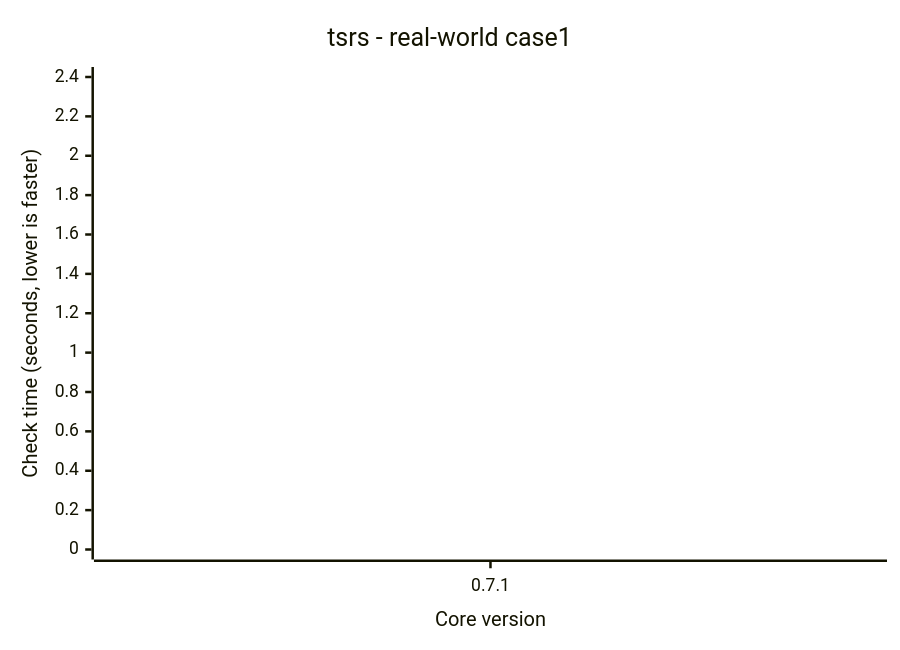
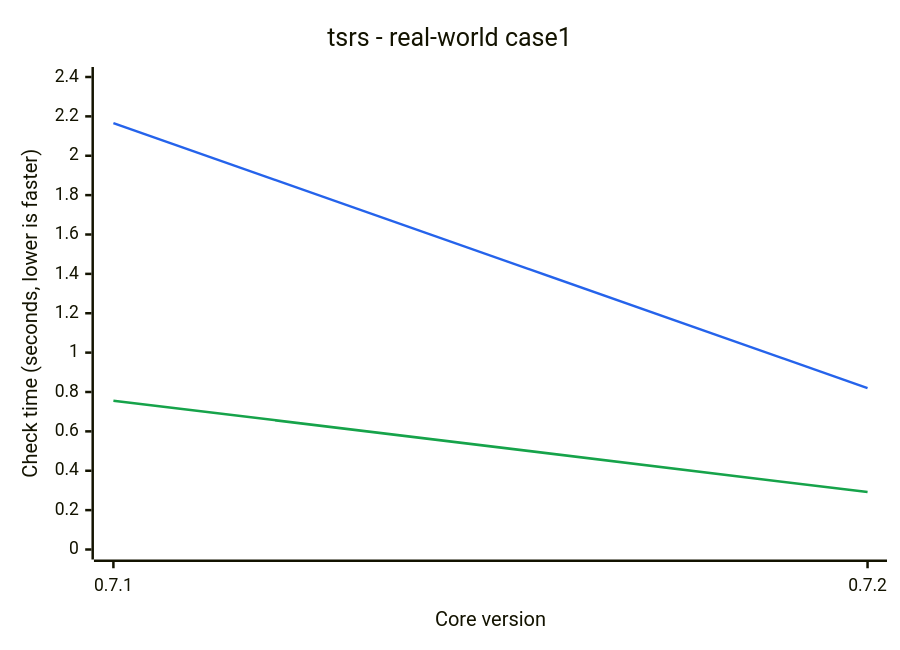
The diagram in README.md (ismailkarsli/TypeSQL), drawn with Mermaid before and after one commit. The commit also changed other lines of this file and 22 other files, not shown here.

````diff
--- a/README.md
+++ b/README.md
@@ -149,9 +149,9 @@
 ```mermaid
 %%{init: {"themeVariables": {"xyChart": {"plotColorPalette": "#2563eb,#16a34a"}}}}%%
 xychart-beta
     title "tsrs - real-world case1"
-    x-axis "Core version" ["0.7.1"]
+    x-axis "Core version" ["0.7.1", "0.7.2"]
     y-axis "Check time (seconds, lower is faster)" 0 --> 2.4
-    line [2.166]
-    line [0.756]
+    line [2.166, 0.82]
+    line [0.756, 0.292]
 ```
````
